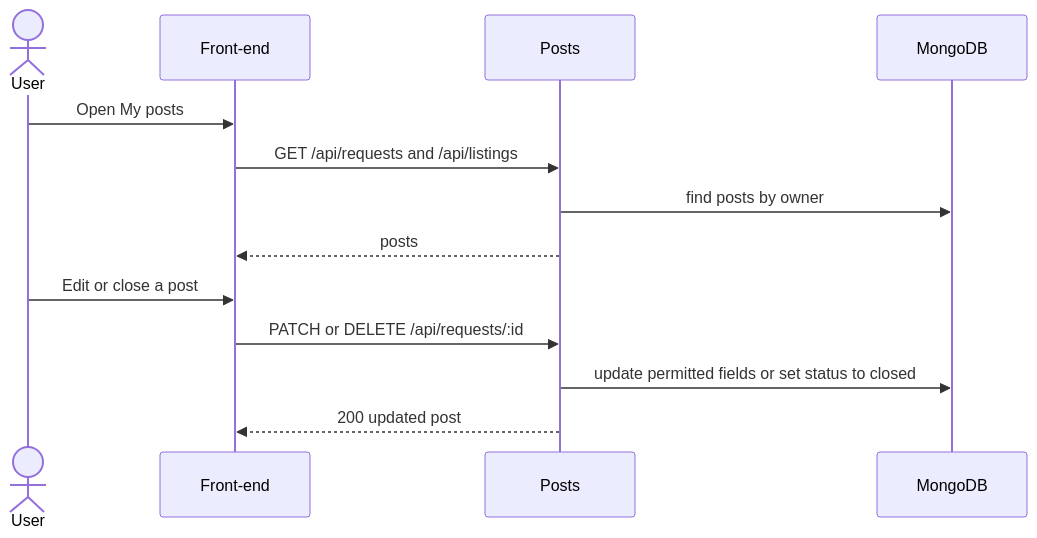
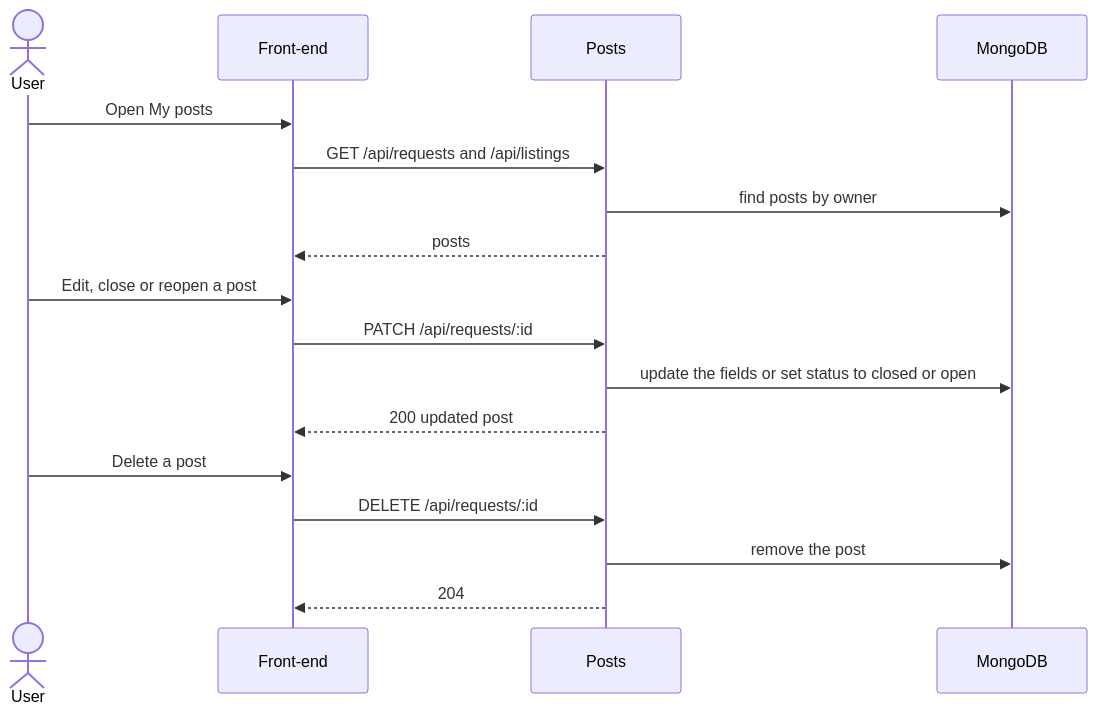
Before and after one commit to m1lun/m1skeletonProject: the sixth of 7 diagrams in documentation/Requirements_and_Design.md, drawn with Mermaid. The commit also changed other lines of this file and 1 other file, not shown here.

````diff
--- a/documentation/Requirements_and_Design.md
+++ b/documentation/Requirements_and_Design.md
@@ -493,15 +486,19 @@
 ```mermaid
 sequenceDiagram
     actor U as User
     participant FE as Front-end
     participant P as Posts
     participant DB as MongoDB
     U->>FE: Open My posts
     FE->>P: GET /api/requests and /api/listings
     P->>DB: find posts by owner
     P-->>FE: posts
-    U->>FE: Edit or close a post
-    FE->>P: PATCH or DELETE /api/requests/:id
-    P->>DB: update permitted fields or set status to closed
+    U->>FE: Edit, close or reopen a post
+    FE->>P: PATCH /api/requests/:id
+    P->>DB: update the fields or set status to closed or open
     P-->>FE: 200 updated post
+    U->>FE: Delete a post
+    FE->>P: DELETE /api/requests/:id
+    P->>DB: remove the post
+    P-->>FE: 204
 ```
````
